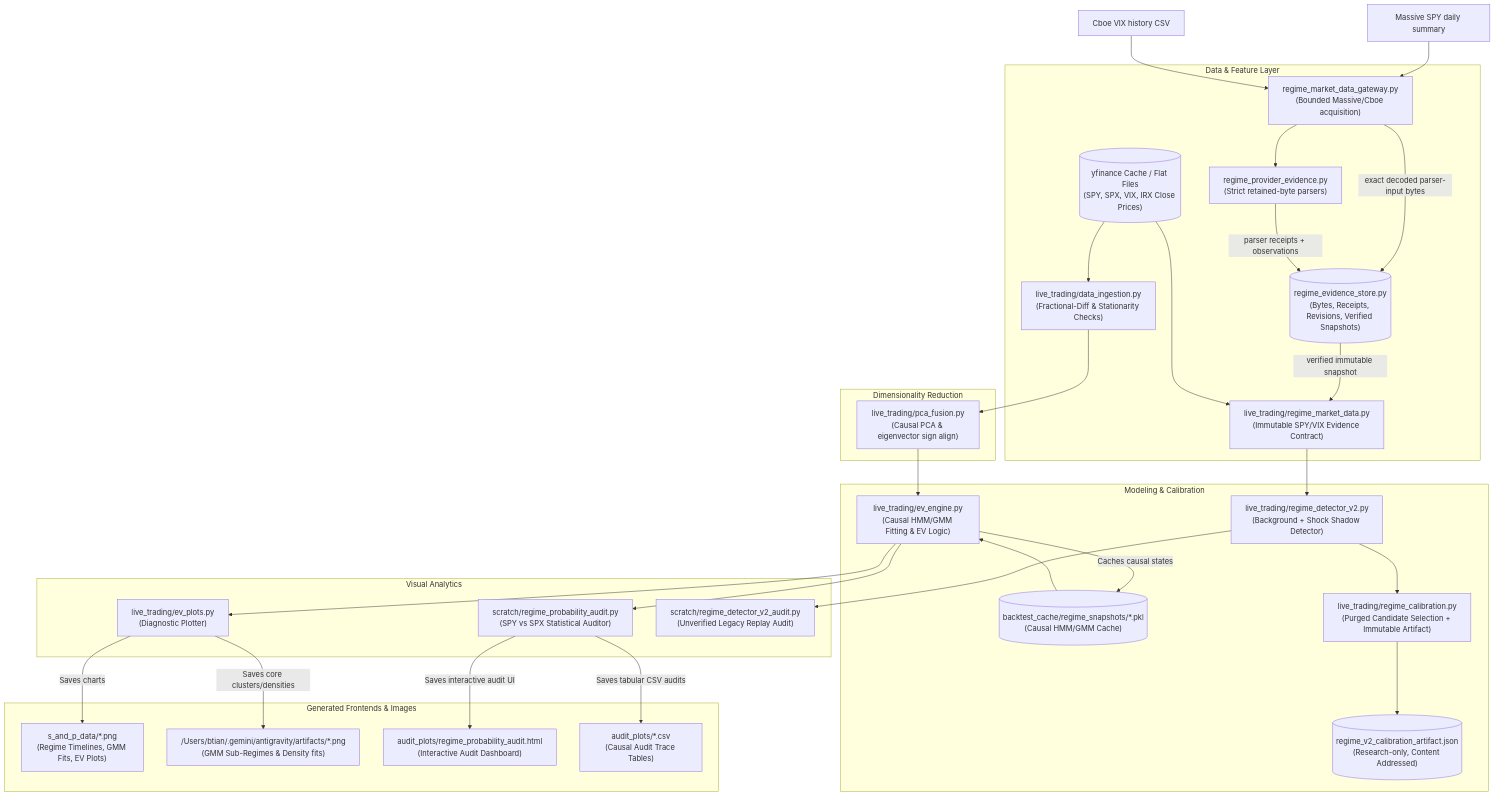
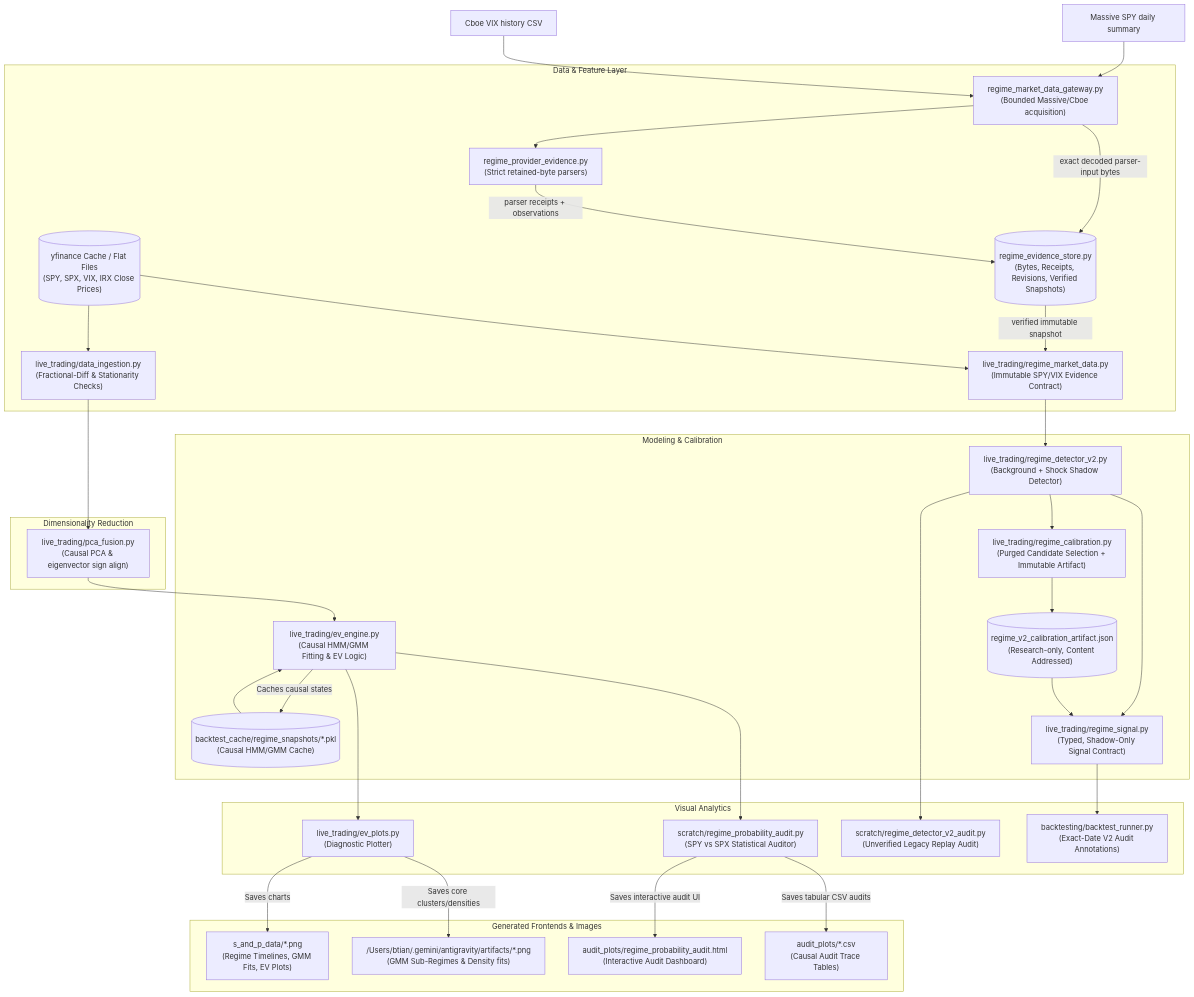
The second of 2 diagrams in etrade_python_client/docs/project_overview.md (tbt316/etrade_quant_trading), drawn with Mermaid before and after one commit. The commit also changed other lines of this file and 7 other files, not shown here.

Commit message:
Add typed V2 shadow signal parity

````diff
--- a/etrade_python_client/docs/project_overview.md
+++ b/etrade_python_client/docs/project_overview.md
@@ -57,59 +57,64 @@
 ```mermaid
 flowchart TD
     subgraph Data & Feature Layer
         DI["live_trading/data_ingestion.py<br/>(Fractional-Diff & Stationarity Checks)"]
         YF[("yfinance Cache / Flat Files<br/>(SPY, SPX, VIX, IRX Close Prices)")]
         MPG["regime_market_data_gateway.py<br/>(Bounded Massive/Cboe acquisition)"]
         RPE["regime_provider_evidence.py<br/>(Strict retained-byte parsers)"]
         RMD["live_trading/regime_market_data.py<br/>(Immutable SPY/VIX Evidence Contract)"]
         RES[("regime_evidence_store.py<br/>(Bytes, Receipts, Revisions, Verified Snapshots)")]
     end
 
     subgraph Dimensionality Reduction
         PF["live_trading/pca_fusion.py<br/>(Causal PCA & eigenvector sign align)"]
     end
 
     subgraph Modeling & Calibration
         EE["live_trading/ev_engine.py<br/>(Causal HMM/GMM Fitting & EV Logic)"]
         Snap[("backtest_cache/regime_snapshots/*.pkl<br/>(Causal HMM/GMM Cache)")]
         RD2["live_trading/regime_detector_v2.py<br/>(Background + Shock Shadow Detector)"]
         RCAL["live_trading/regime_calibration.py<br/>(Purged Candidate Selection + Immutable Artifact)"]
+        RSIG["live_trading/regime_signal.py<br/>(Typed, Shadow-Only Signal Contract)"]
         RART[("regime_v2_calibration_artifact.json<br/>(Research-only, Content Addressed)")]
     end
 
     subgraph Visual Analytics
         EP["live_trading/ev_plots.py<br/>(Diagnostic Plotter)"]
         RPA["scratch/regime_probability_audit.py<br/>(SPY vs SPX Statistical Auditor)"]
         RVA["scratch/regime_detector_v2_audit.py<br/>(Unverified Legacy Replay Audit)"]
+        BANN["backtesting/backtest_runner.py<br/>(Exact-Date V2 Audit Annotations)"]
     end
 
     subgraph Generated Frontends & Images
         PNGS["s_and_p_data/*.png<br/>(Regime Timelines, GMM Fits, EV Plots)"]
         ARTS["/Users/btian/.gemini/antigravity/artifacts/*.png<br/>(GMM Sub-Regimes & Density fits)"]
         AUD["audit_plots/regime_probability_audit.html<br/>(Interactive Audit Dashboard)"]
         CSVS["audit_plots/*.csv<br/>(Causal Audit Trace Tables)"]
     end
 
     Massive["Massive SPY daily summary"] --> MPG
     Cboe["Cboe VIX history CSV"] --> MPG
     MPG -->|"exact decoded parser-input bytes"| RES
     MPG --> RPE
     RPE -->|"parser receipts + observations"| RES
     RES -->|"verified immutable snapshot"| RMD
     YF --> DI
     YF --> RMD
     RMD --> RD2
     RD2 --> RCAL
     RCAL --> RART
+    RD2 --> RSIG
+    RART --> RSIG
+    RSIG --> BANN
     RD2 --> RVA
     DI --> PF
     PF --> EE
     EE -->|Caches causal states| Snap
     Snap --> EE
     EE --> EP
     EE --> RPA
     EP -->|Saves charts| PNGS
     EP -->|Saves core clusters/densities| ARTS
     RPA -->|Saves interactive audit UI| AUD
     RPA -->|Saves tabular CSV audits| CSVS
 ```
````
